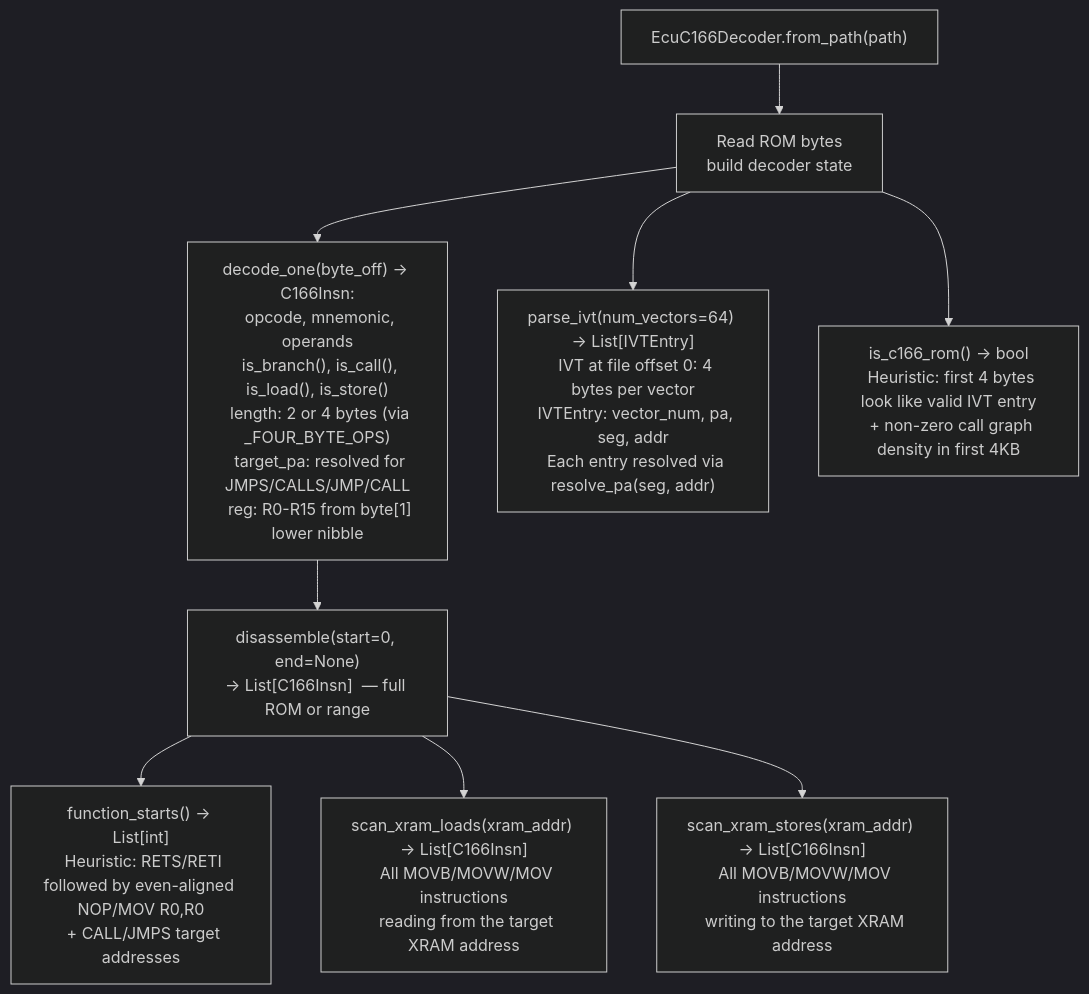
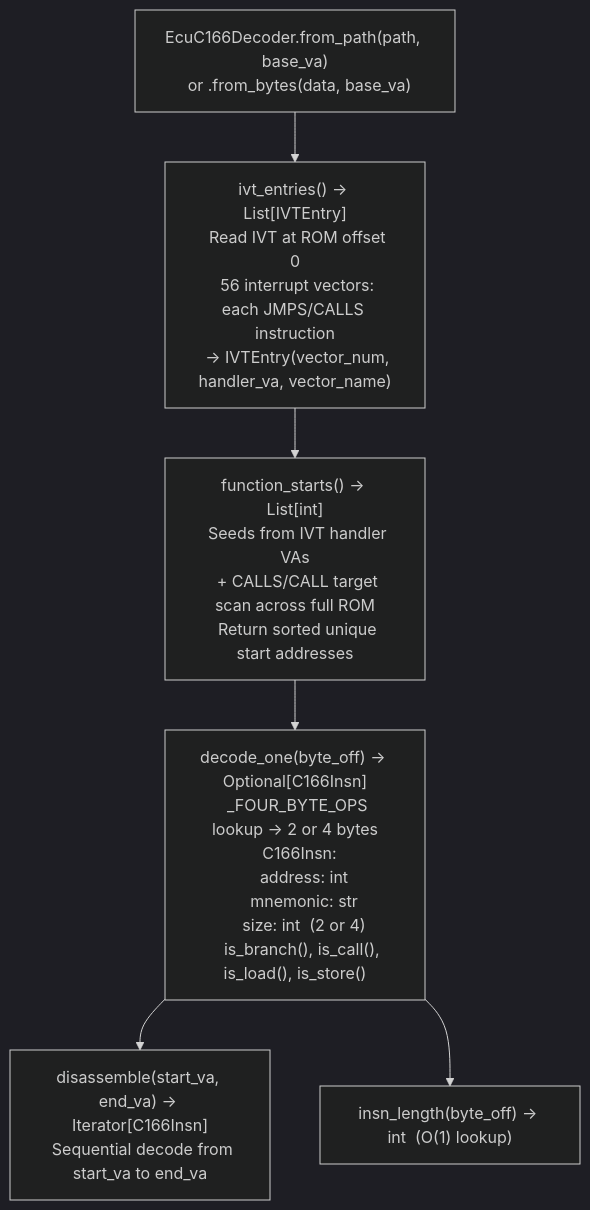
The diagram in docs/reference-modules/c166-c167-decoding.md (Ablation-Tool/ablation), drawn with Mermaid (dark theme) before and after one commit. The commit also changed other lines of this file and 1 other file, not shown here.

````diff
--- a/docs/reference-modules/c166-c167-decoding.md
+++ b/docs/reference-modules/c166-c167-decoding.md
@@ -19,11 +19,8 @@
 ```mermaid
 flowchart TD
-    A["EcuC166Decoder.from_path(path)"] --> B["Read ROM bytes\nbuild decoder state"]
-    B --> C["decode_one(byte_off) → C166Insn:\n  opcode, mnemonic, operands\n  is_branch(), is_call(), is_load(), is_store()\n  length: 2 or 4 bytes (via _FOUR_BYTE_OPS)\n  target_pa: resolved for JMPS/CALLS/JMP/CALL\n  reg: R0-R15 from byte[1] lower nibble"]
-    C --> D["disassemble(start=0, end=None)\n→ List[C166Insn]  — full ROM or range"]
-    D --> E["function_starts() → List[int]\n  Heuristic: RETS/RETI followed by even-aligned NOP/MOV R0,R0\n  + CALL/JMPS target addresses"]
-    D --> F["scan_xram_loads(xram_addr) → List[C166Insn]\n  All MOVB/MOVW/MOV instructions\n  reading from the target XRAM address"]
-    D --> G["scan_xram_stores(xram_addr) → List[C166Insn]\n  All MOVB/MOVW/MOV instructions\n  writing to the target XRAM address"]
-    B --> H["parse_ivt(num_vectors=64) → List[IVTEntry]\n  IVT at file offset 0: 4 bytes per vector\n  IVTEntry: vector_num, pa, seg, addr\n  Each entry resolved via resolve_pa(seg, addr)"]
-    B --> I["is_c166_rom() → bool\n  Heuristic: first 4 bytes look like valid IVT entry\n  + non-zero call graph density in first 4KB"]
+    A["EcuC166Decoder.from_path(path, base_va)\n  or .from_bytes(data, base_va)"] --> B["ivt_entries() → List[IVTEntry]\n  Read IVT at ROM offset 0\n  56 interrupt vectors: each JMPS/CALLS instruction\n  → IVTEntry(vector_num, handler_va, vector_name)"]
+    B --> C["function_starts() → List[int]\n  Seeds from IVT handler VAs\n  + CALLS/CALL target scan across full ROM\n  Return sorted unique start addresses"]
+    C --> D["decode_one(byte_off) → Optional[C166Insn]\n  _FOUR_BYTE_OPS lookup → 2 or 4 bytes\n  C166Insn:\n    address: int\n    mnemonic: str\n    size: int  (2 or 4)\n    is_branch(), is_call(), is_load(), is_store()"]
+    D --> E["disassemble(start_va, end_va) → Iterator[C166Insn]\n  Sequential decode from start_va to end_va"]
+    D --> F["insn_length(byte_off) → int  (O(1) lookup)"]
 ```
````
